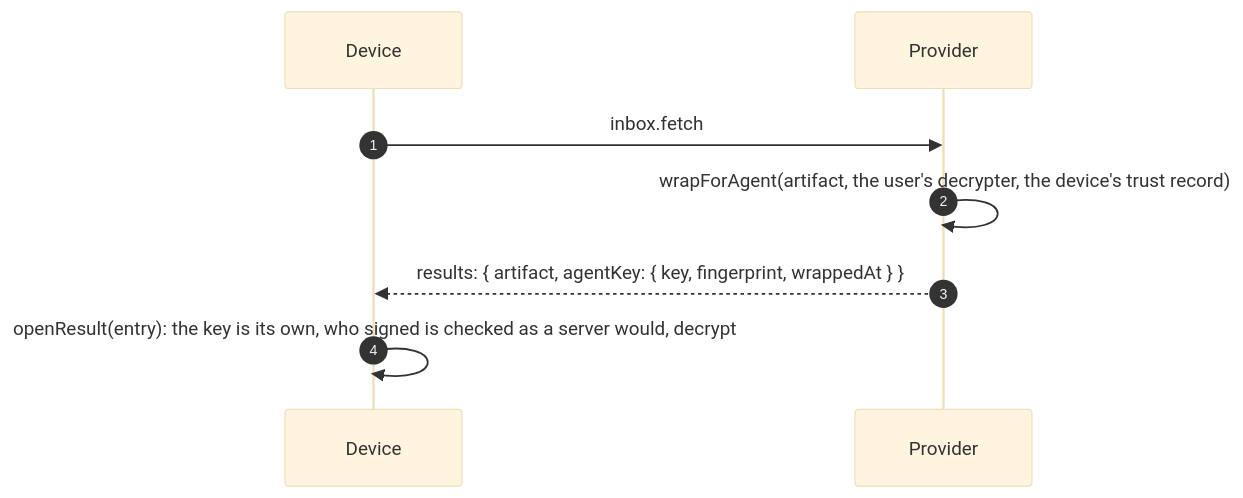
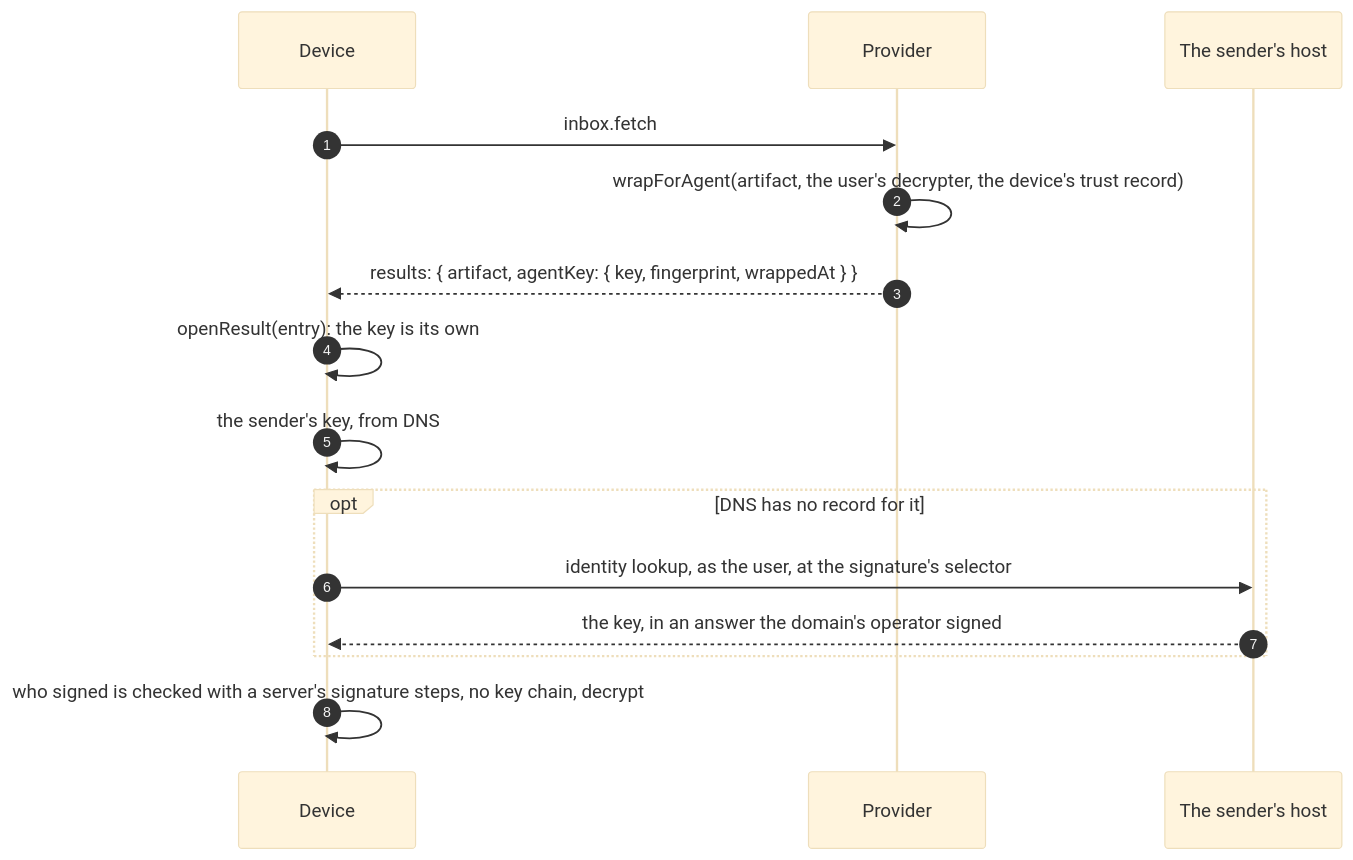
Before and after one commit to openbtps/btps-node: the first of 2 diagrams in docs/docusaurus/docs/features/devices.md, drawn with Mermaid (base theme). The commit also changed other lines of this file and 28 other files, not shown here.

Commit message:
Document finding a signature key through the identity's host, and what a device checks

````diff
--- a/docs/docusaurus/docs/features/devices.md
+++ b/docs/docusaurus/docs/features/devices.md
@@ -24,10 +24,17 @@
 ```mermaid
 sequenceDiagram
     autonumber
     participant D as Device
     participant P as Provider
+    participant H as The sender's host
     D->>P: inbox.fetch
     P->>P: wrapForAgent(artifact, the user's decrypter, the device's trust record)
     P-->>D: results: { artifact, agentKey: { key, fingerprint, wrappedAt } }
-    D->>D: openResult(entry): the key is its own, who signed is checked as a server would, decrypt
+    D->>D: openResult(entry): the key is its own
+    D->>D: the sender's key, from DNS
+    opt DNS has no record for it
+        D->>H: identity lookup, as the user, at the signature's selector
+        H-->>D: the key, in an answer the domain's operator signed
+    end
+    D->>D: who signed is checked with a server's signature steps, no key chain, decrypt
 ```
````
